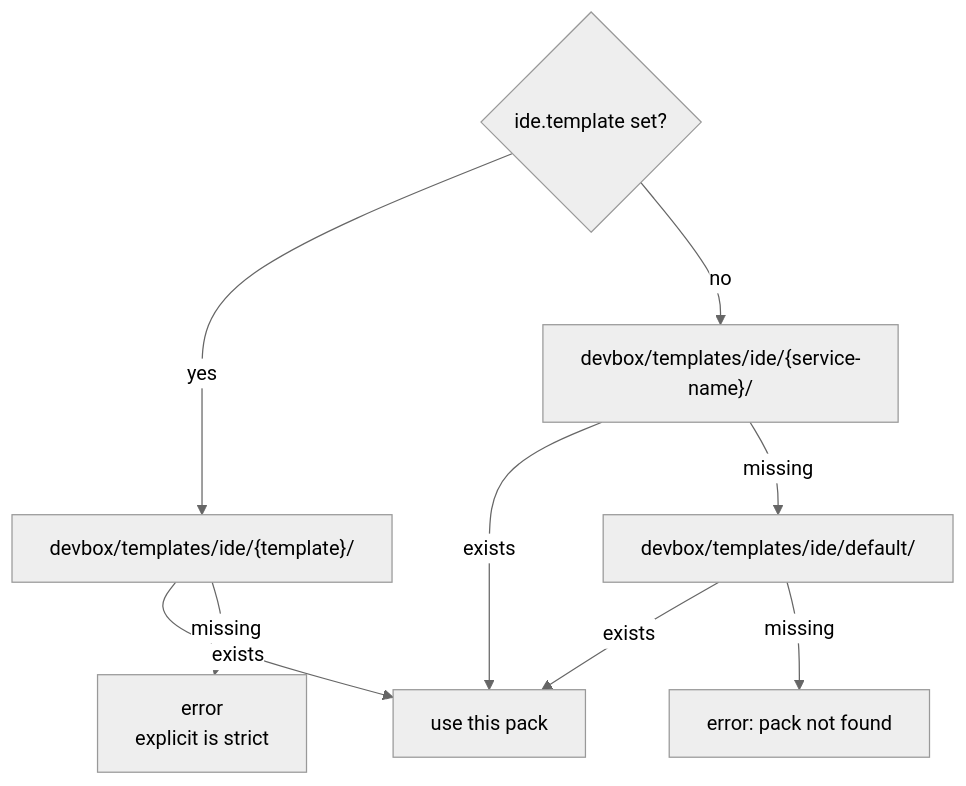
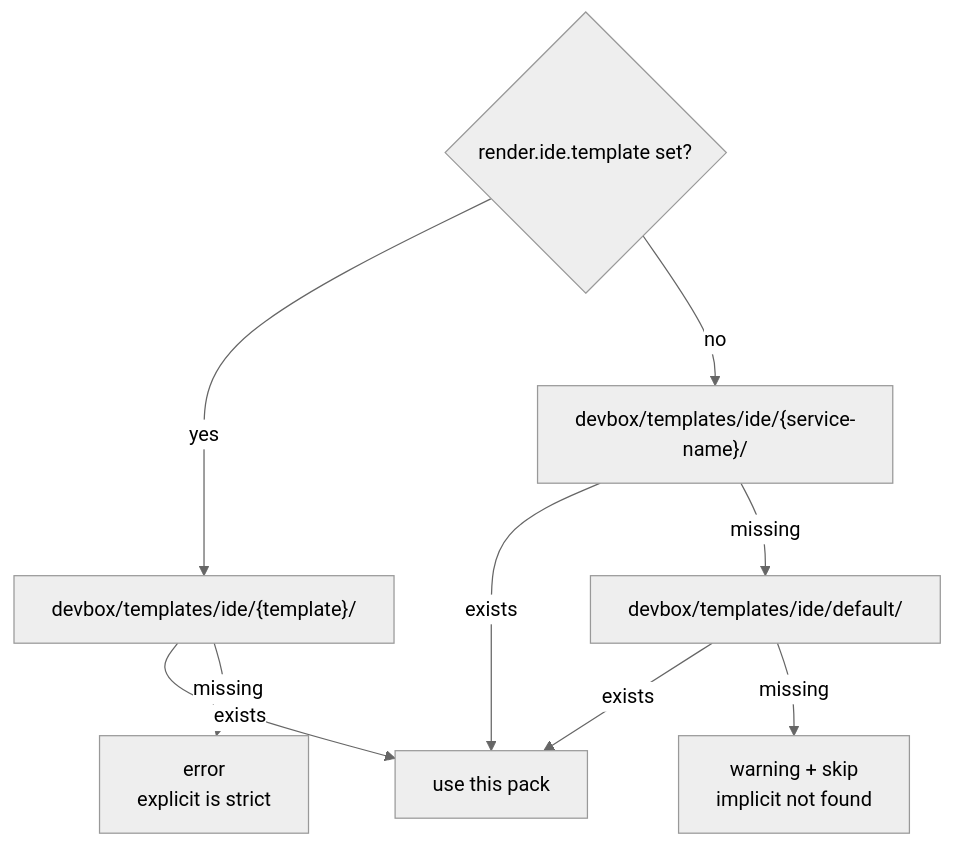
Before and after one commit to semsemyonoff/dwe: the third of 3 diagrams in docs/reference/render/ide.md, drawn with Mermaid (neutral theme). The commit also changed other lines of this file and 86 other files, not shown here.

First line of the commit message:
docs: update for render config nesting and soft-skip behavior

````diff
--- a/docs/reference/render/ide.md
+++ b/docs/reference/render/ide.md
@@ -106,12 +106,12 @@
 ```mermaid
 flowchart TD
-  S{"ide.template set?"}
+  S{"render.ide.template set?"}
   S -- yes --> EX["devbox/templates/ide/{template}/"]
   EX -- exists --> USE["use this pack"]
   EX -- missing --> ERR["error<br/>explicit is strict"]
   S -- no --> SN["devbox/templates/ide/{service-name}/"]
   SN -- exists --> USE
   SN -- missing --> DEF["devbox/templates/ide/default/"]
   DEF -- exists --> USE
-  DEF -- missing --> ERR2["error: pack not found"]
+  DEF -- missing --> WARN["warning + skip<br/>implicit not found"]
 ```
````
